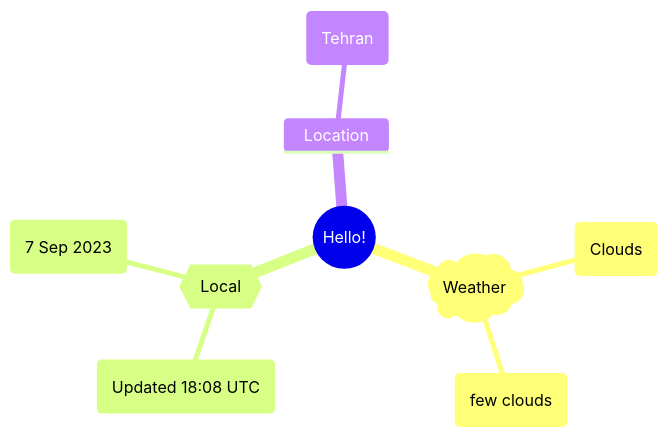
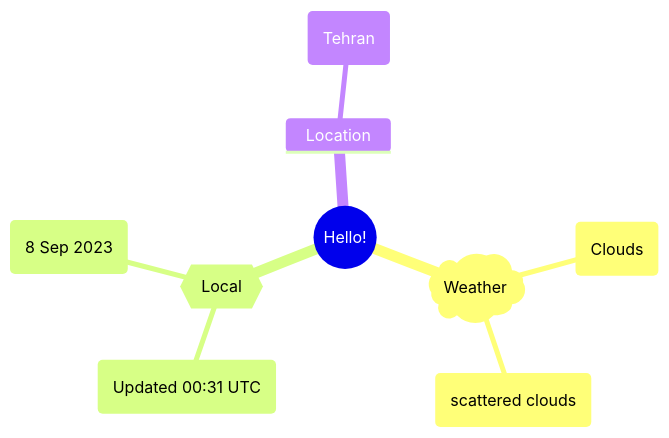
The first of 2 diagrams in README.md (Xosrov/Xosrov), drawn with Mermaid before and after one commit.

Commit message:
[bot] updated images

````diff
--- a/README.md
+++ b/README.md
@@ -3,12 +3,12 @@
 ```mermaid
 mindmap
   root((Hello!))
     )Weather(
         (Clouds)
-        (few clouds)
+        (scattered clouds)
     {{Local}}
-        (Updated 18:08 UTC)
-        (7 Sep 2023)
+        (Updated 00:31 UTC)
+        (8 Sep 2023)
     Location
         (Tehran)
 ```
````
